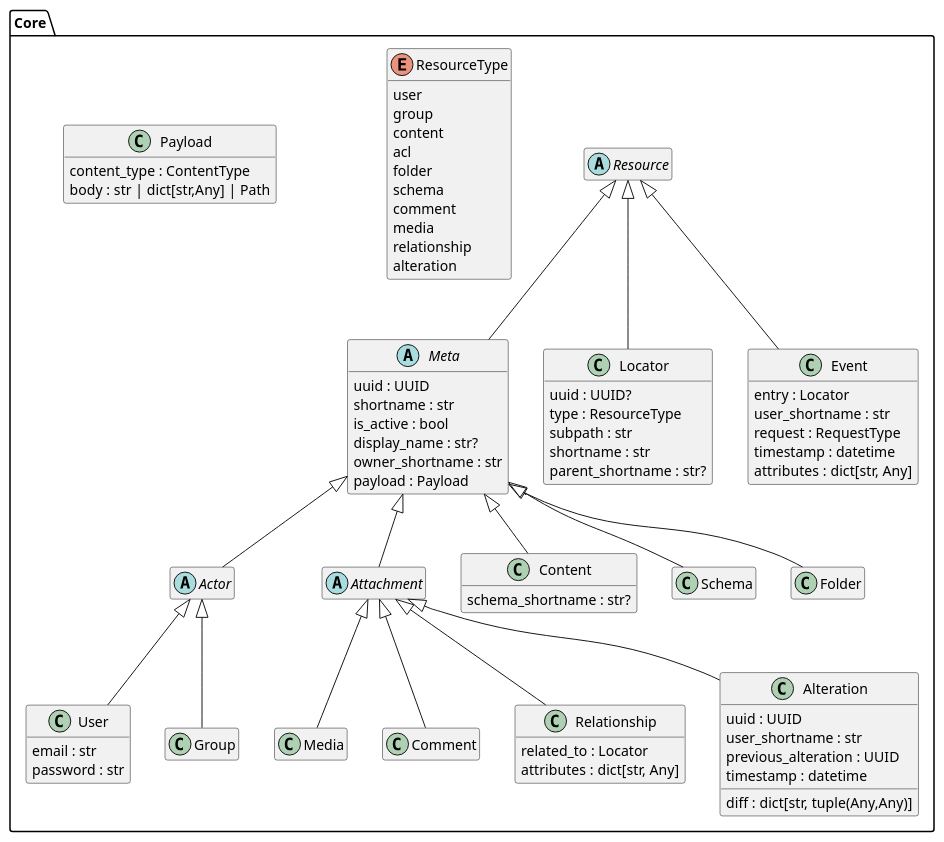
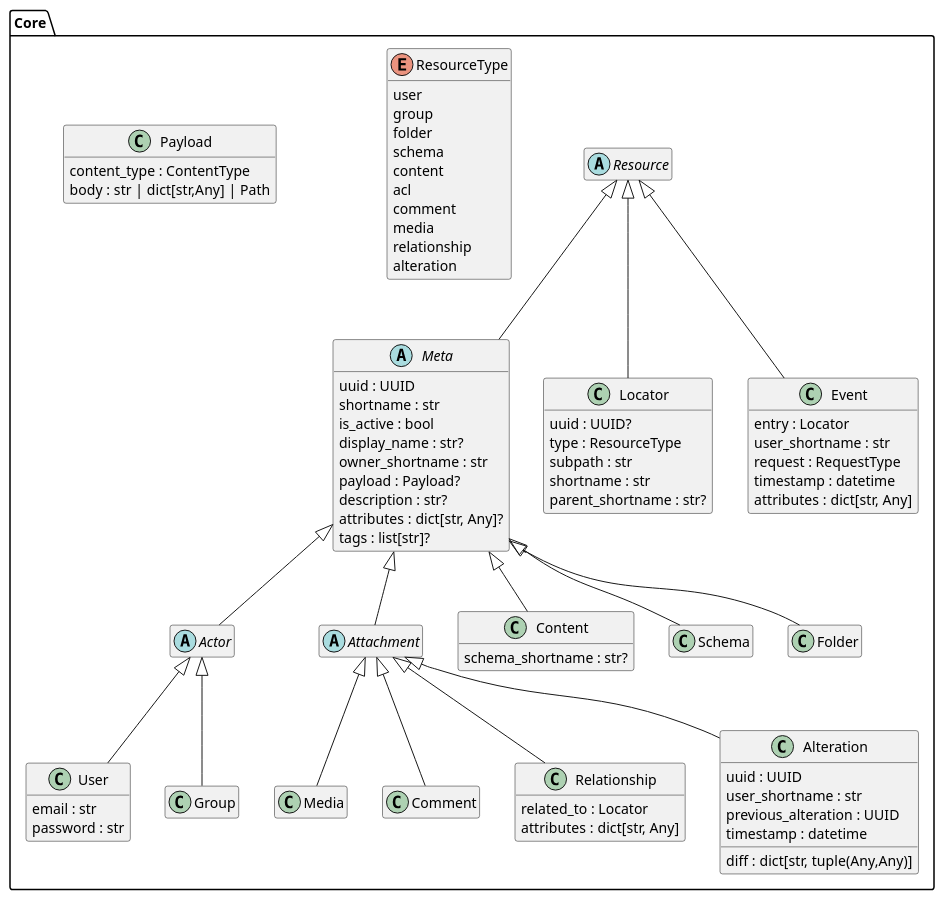
The diagram in docs/models_core.iuml (Taher-web-dev/dmart), drawn with PlantUML before and after one commit. The commit also changed 3 other files, not shown here.

```diff
--- a/docs/models_core.iuml
+++ b/docs/models_core.iuml
@@ -1,99 +1,102 @@
 @startuml
 hide empty members
 package Core {
   abstract class Resource { }
 
   enum ResourceType {
     user
     group
+    folder
+    schema
     content
     acl
-    folder
-    schema
     comment
     media
     relationship
     alteration
   }
 
   abstract class Meta {
     uuid : UUID
     shortname : str
     is_active : bool
     display_name : str?
     owner_shortname : str
-    payload : Payload
+    payload : Payload?
+    description : str?
+    attributes : dict[str, Any]?
+    tags : list[str]?
   }
 
   class Payload {
     content_type : ContentType
     body : str | dict[str,Any] | Path
   }
 
   class Locator {
     uuid : UUID?
     type : ResourceType
     subpath : str
     shortname : str
     parent_shortname : str?
   }
 
   abstract class Actor { }
 
   class User {
     email : str
     password : str
   }
 
   class Group { }
 
   abstract class Attachment { }
 
   class Media { }
 
   class Comment { }
 
   class Relationship {
     related_to : Locator
     attributes : dict[str, Any]
   }
 
   class Content {
     schema_shortname : str?
   }
 
   class Event {
     entry : Locator
     user_shortname : str
     request : RequestType
     timestamp : datetime
     attributes : dict[str, Any]
   }
 
   class Alteration {
     uuid : UUID
     user_shortname : str
     previous_alteration : UUID
     timestamp : datetime
     diff : dict[str, tuple(Any,Any)]
   }
 
   Resource <|-- Meta
   Resource <|-- Locator
   Resource <|-- Event
   Attachment <|-- Alteration
 
   Actor <|-- User
   Actor <|-- Group
   Meta <|-- Actor
   Meta <|-- Schema
   Meta <|-- Content
   Meta <|-- Folder
 
   Meta <|-- Attachment
   Attachment <|-- Comment
   Attachment <|-- Media
   Attachment <|-- Relationship
 
 }
 @enduml
```
